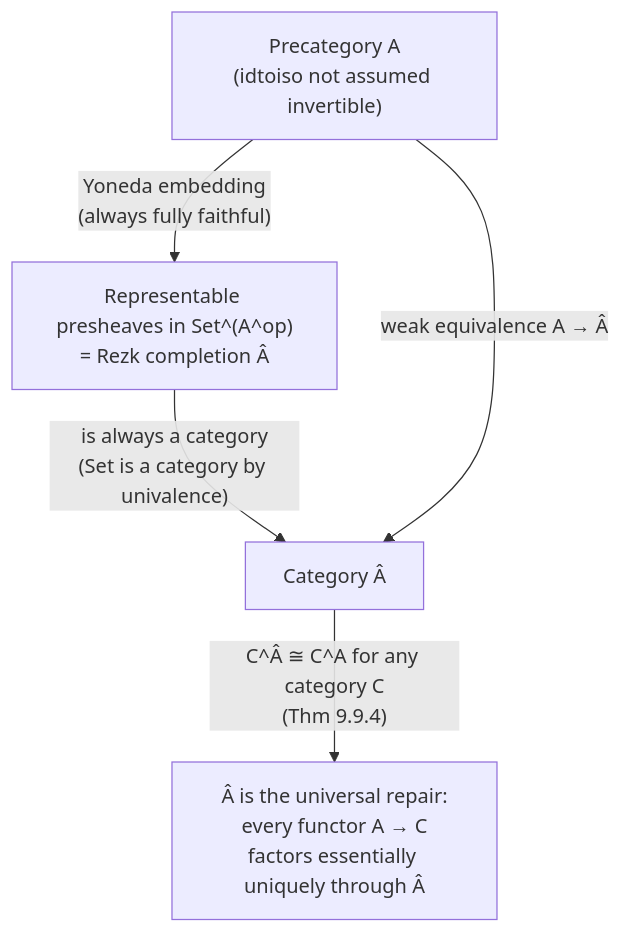
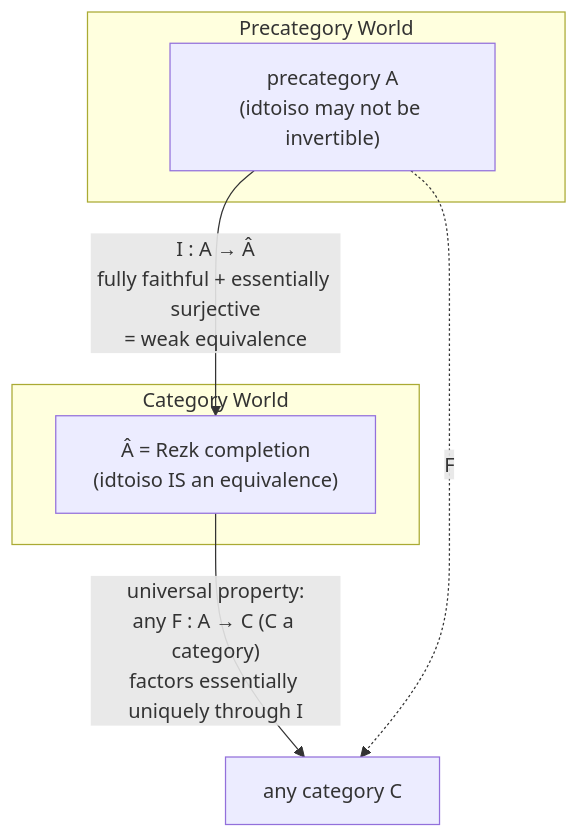
The diagram in 14_homotopy_type_theory/Univalent-Category-Theory.md (superoptimo/type_theory_vaults), drawn with Mermaid before and after one commit. The commit also changed other lines of this file and 1097 other files, not shown here.

Commit message:
Update vaults books with learning roadmaps

````diff
--- a/14_homotopy_type_theory/Univalent-Category-Theory.md
+++ b/14_homotopy_type_theory/Univalent-Category-Theory.md
@@ -208,7 +272,12 @@
 ```mermaid
-flowchart TD
-    P["Precategory A<br/>(idtoiso not assumed invertible)"] -->|"Yoneda embedding<br/>(always fully faithful)"| YA["Representable presheaves in Set^(A^op)<br/>= Rezk completion Â"]
-    YA -->|"is always a category<br/>(Set is a category by univalence)"| CAT["Category Â"]
-    P -->|"weak equivalence A → Â"| CAT
-    CAT -->|"C^Â ≅ C^A for any category C<br/>(Thm 9.9.4)"| UNIV["Â is the universal repair:<br/>every functor A → C<br/>factors essentially uniquely through Â"]
+flowchart TB
+    subgraph Precategory World
+        A["precategory A<br/>(idtoiso may not be invertible)"]
+    end
+    subgraph Category World
+        Ahat["Â = Rezk completion<br/>(idtoiso IS an equivalence)"]
+    end
+    A -->|"I : A → Â<br/>fully faithful + essentially surjective<br/>= weak equivalence"| Ahat
+    Ahat -->|"universal property:<br/>any F : A → C (C a category)<br/>factors essentially uniquely through I"| C["any category C"]
+    A -.->|"F"| C
 ```
````
